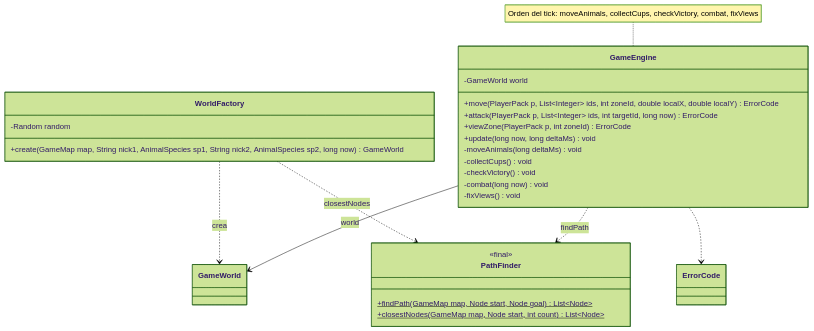
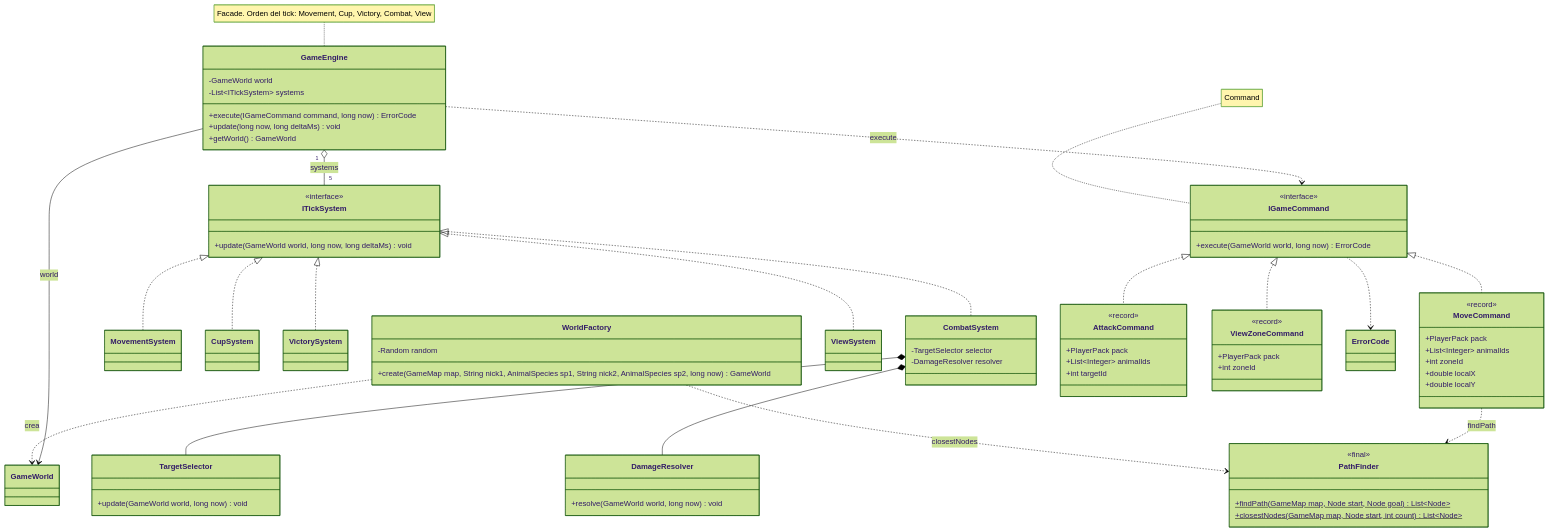
The fourth of 8 diagrams in README.md (jordanseas/Jungle-Attack), drawn with Mermaid (forest theme) before and after one commit. The commit also changed other lines of this file, not shown here.

Commit message:
solucion a la distrubucion de el gameEngine

````diff
--- a/README.md
+++ b/README.md
@@ -422,31 +449,82 @@
 ```mermaid
 classDiagram
     class PathFinder {
         <<final>>
         +findPath(GameMap map, Node start, Node goal)$ List~Node~
         +closestNodes(GameMap map, Node start, int count)$ List~Node~
     }
     class WorldFactory {
         -Random random
         +create(GameMap map, String nick1, AnimalSpecies sp1, String nick2, AnimalSpecies sp2, long now) GameWorld
     }
     class GameEngine {
         -GameWorld world
-        +move(PlayerPack p, List~Integer~ ids, int zoneId, double localX, double localY) ErrorCode
-        +attack(PlayerPack p, List~Integer~ ids, int targetId, long now) ErrorCode
-        +viewZone(PlayerPack p, int zoneId) ErrorCode
+        -List~ITickSystem~ systems
+        +execute(IGameCommand command, long now) ErrorCode
         +update(long now, long deltaMs) void
-        -moveAnimals(long deltaMs) void
-        -collectCups() void
-        -checkVictory() void
-        -combat(long now) void
-        -fixViews() void
+        +getWorld() GameWorld
     }
-    note for GameEngine "Orden del tick: moveAnimals, collectCups, checkVictory, combat, fixViews"
+    note for GameEngine "Facade. Orden del tick: Movement, Cup, Victory, Combat, View"
+
+    class ITickSystem {
+        <<interface>>
+        +update(GameWorld world, long now, long deltaMs) void
+    }
+    class MovementSystem
+    class CupSystem
+    class VictorySystem
+    class CombatSystem {
+        -TargetSelector selector
+        -DamageResolver resolver
+    }
+    class ViewSystem
+    class TargetSelector {
+        +update(GameWorld world, long now) void
+    }
+    class DamageResolver {
+        +resolve(GameWorld world, long now) void
+    }
+
+    class IGameCommand {
+        <<interface>>
+        +execute(GameWorld world, long now) ErrorCode
+    }
+    note for IGameCommand "Command"
+    class MoveCommand {
+        <<record>>
+        +PlayerPack pack
+        +List~Integer~ animalIds
+        +int zoneId
+        +double localX
+        +double localY
+    }
+    class AttackCommand {
+        <<record>>
+        +PlayerPack pack
+        +List~Integer~ animalIds
+        +int targetId
+    }
+    class ViewZoneCommand {
+        <<record>>
+        +PlayerPack pack
+        +int zoneId
+    }
 
     WorldFactory ..> PathFinder : closestNodes
     WorldFactory ..> GameWorld : crea
     GameEngine --> GameWorld : world
-    GameEngine ..> PathFinder : findPath
-    GameEngine ..> ErrorCode
+    GameEngine "1" o-- "5" ITickSystem : systems
+    GameEngine ..> IGameCommand : execute
+    ITickSystem <|.. MovementSystem
+    ITickSystem <|.. CupSystem
+    ITickSystem <|.. VictorySystem
+    ITickSystem <|.. CombatSystem
+    ITickSystem <|.. ViewSystem
+    CombatSystem *-- TargetSelector
+    CombatSystem *-- DamageResolver
+    IGameCommand <|.. MoveCommand
+    IGameCommand <|.. AttackCommand
+    IGameCommand <|.. ViewZoneCommand
+    MoveCommand ..> PathFinder : findPath
+    IGameCommand ..> ErrorCode
 ```
````
